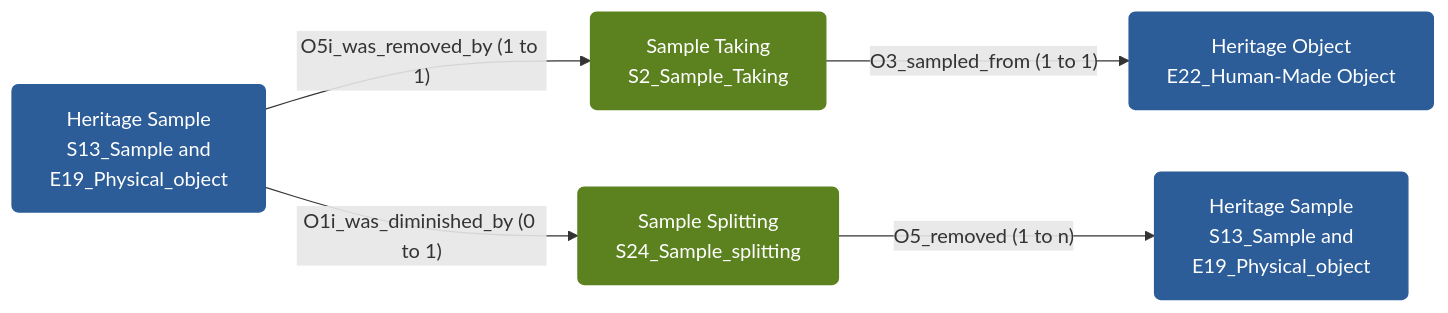
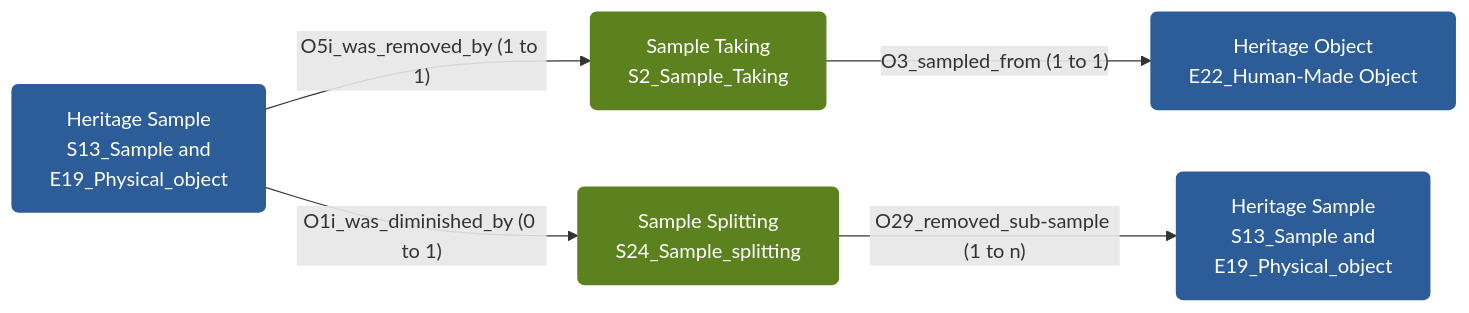
Before and after one commit to RICHeS-UKRI/HSDS-NG-Models: the diagram in models/ng_models_mermaid.mmd, drawn with Mermaid. The commit also changed 1 other file, not shown here.

```diff
--- a/models/ng_models_mermaid.mmd
+++ b/models/ng_models_mermaid.mmd
@@ -1,24 +1,24 @@
 flowchart LR
 classDef object stroke:#2C5D98,fill:#2C5D98,color:white,rx:5px,ry:5px;
 classDef event stroke:#5C811F,fill:#5C811F,color:white,rx:5px,ry:5px;
 
 
-O0("Heritage Sample\nS13_Sample and\nE19_Physical_object")
+O0("Heritage Sample<br>S13_Sample and<br>E19_Physical_object")
 class O0 object;
 
-O1("Sample Taking\nS2_Sample_Taking")
+O1("Sample Taking<br>S2_Sample_Taking")
 class O1 event;
-O0["Heritage Sample\nS13_Sample and\nE19_Physical_object"] -- "O5i_was_removed_by #40;1 to 1#41;" -->O1["Sample Taking\nS2_Sample_Taking"]
+O0["Heritage Sample<br>S13_Sample and<br>E19_Physical_object"] -- "O5i_was_removed_by #40;1 to 1#41;" -->O1["Sample Taking<br>S2_Sample_Taking"]
 
-O2("Heritage Object\nE22_Human-Made Object")
+O2("Heritage Object<br>E22_Human-Made Object")
 class O2 object;
-O1["Sample Taking\nS2_Sample_Taking"] -- "O3_sampled_from #40;1 to 1#41;" -->O2["Heritage Object\nE22_Human-Made Object"]
+O1["Sample Taking<br>S2_Sample_Taking"] -- "O3_sampled_from #40;1 to 1#41;" -->O2["Heritage Object<br>E22_Human-Made Object"]
 
-O3("Sample Splitting\nS24_Sample_splitting")
+O3("Sample Splitting<br>S24_Sample_splitting")
 class O3 event;
-O0["Heritage Sample\nS13_Sample and\nE19_Physical_object"] -- "O1i_was_diminished_by #40;0 to 1#41;" -->O3["Sample Splitting\nS24_Sample_splitting"]
+O0["Heritage Sample<br>S13_Sample and<br>E19_Physical_object"] -- "O1i_was_diminished_by #40;0 to 1#41;" -->O3["Sample Splitting<br>S24_Sample_splitting"]
 
-O4("Heritage Sample\nS13_Sample and\nE19_Physical_object#-1")
+O4("Heritage Sample<br>S13_Sample and<br>E19_Physical_object#-1")
 class O4 object;
-O3["Sample Splitting\nS24_Sample_splitting"] -- "O5_removed #40;1 to n#41;" -->O4["Heritage Sample\nS13_Sample and\nE19_Physical_object"]
+O3["Sample Splitting<br>S24_Sample_splitting"] -- "O29_removed_sub-sample #40;1 to n#41;" -->O4["Heritage Sample<br>S13_Sample and<br>E19_Physical_object"]
 ;
```
